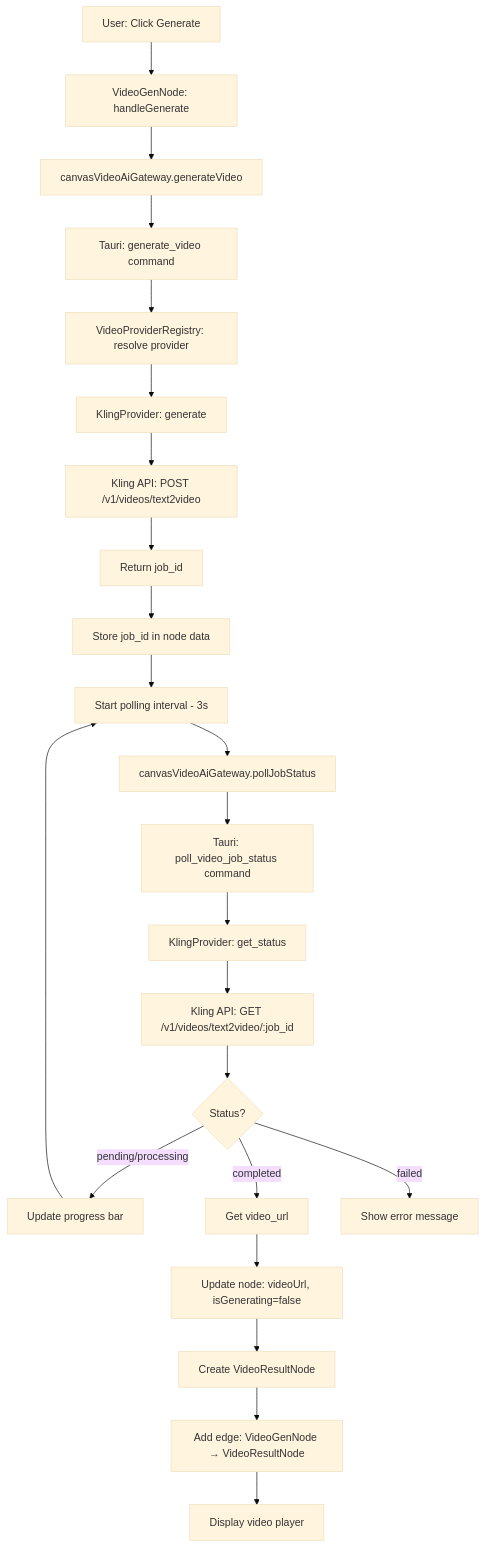
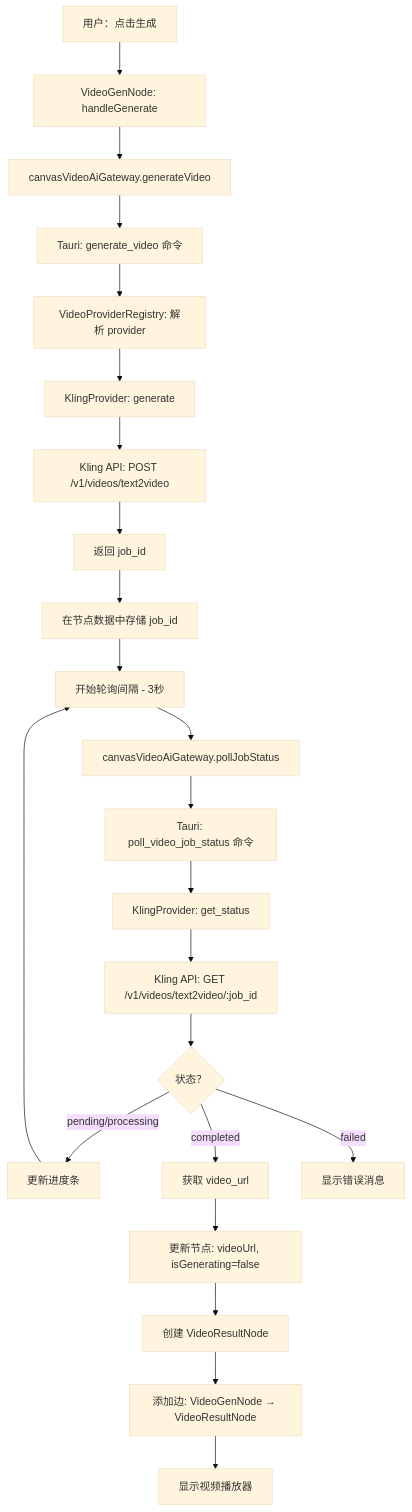
One commit to icezone/Storyboard-Copilot changed the first of 2 diagrams in docs/video-generation-implementation.md. Above: the diagram before and after it, drawn with Mermaid (base theme). The commit also changed other lines of this file, not shown here.

````diff
--- a/docs/video-generation-implementation.md
+++ b/docs/video-generation-implementation.md
@@ -472,29 +472,29 @@
 ```mermaid
 graph TD
-    A[User: Click Generate] --> B[VideoGenNode: handleGenerate]
+    A[用户：点击生成] --> B[VideoGenNode: handleGenerate]
     B --> C[canvasVideoAiGateway.generateVideo]
-    C --> D[Tauri: generate_video command]
-    D --> E[VideoProviderRegistry: resolve provider]
+    C --> D[Tauri: generate_video 命令]
+    D --> E[VideoProviderRegistry: 解析 provider]
     E --> F[KlingProvider: generate]
     F --> G[Kling API: POST /v1/videos/text2video]
-    G --> H[Return job_id]
-    H --> I[Store job_id in node data]
-    I --> J[Start polling interval - 3s]
+    G --> H[返回 job_id]
+    H --> I[在节点数据中存储 job_id]
+    I --> J[开始轮询间隔 - 3秒]
 
     J --> K[canvasVideoAiGateway.pollJobStatus]
-    K --> L[Tauri: poll_video_job_status command]
+    K --> L[Tauri: poll_video_job_status 命令]
     L --> M[KlingProvider: get_status]
     M --> N[Kling API: GET /v1/videos/text2video/:job_id]
-    N --> O{Status?}
+    N --> O{状态？}
 
-    O -->|pending/processing| P[Update progress bar]
+    O -->|pending/processing| P[更新进度条]
     P --> J
 
-    O -->|completed| Q[Get video_url]
-    Q --> R[Update node: videoUrl, isGenerating=false]
-    R --> S[Create VideoResultNode]
-    S --> T[Add edge: VideoGenNode → VideoResultNode]
-    T --> U[Display video player]
+    O -->|completed| Q[获取 video_url]
+    Q --> R[更新节点: videoUrl, isGenerating=false]
+    R --> S[创建 VideoResultNode]
+    S --> T[添加边: VideoGenNode → VideoResultNode]
+    T --> U[显示视频播放器]
 
-    O -->|failed| V[Show error message]
+    O -->|failed| V[显示错误消息]
 ```
````
